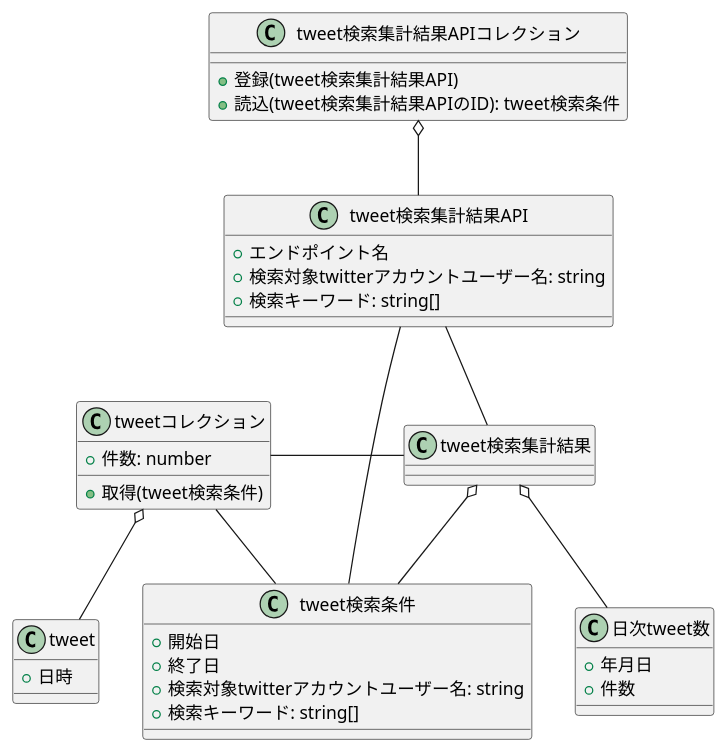
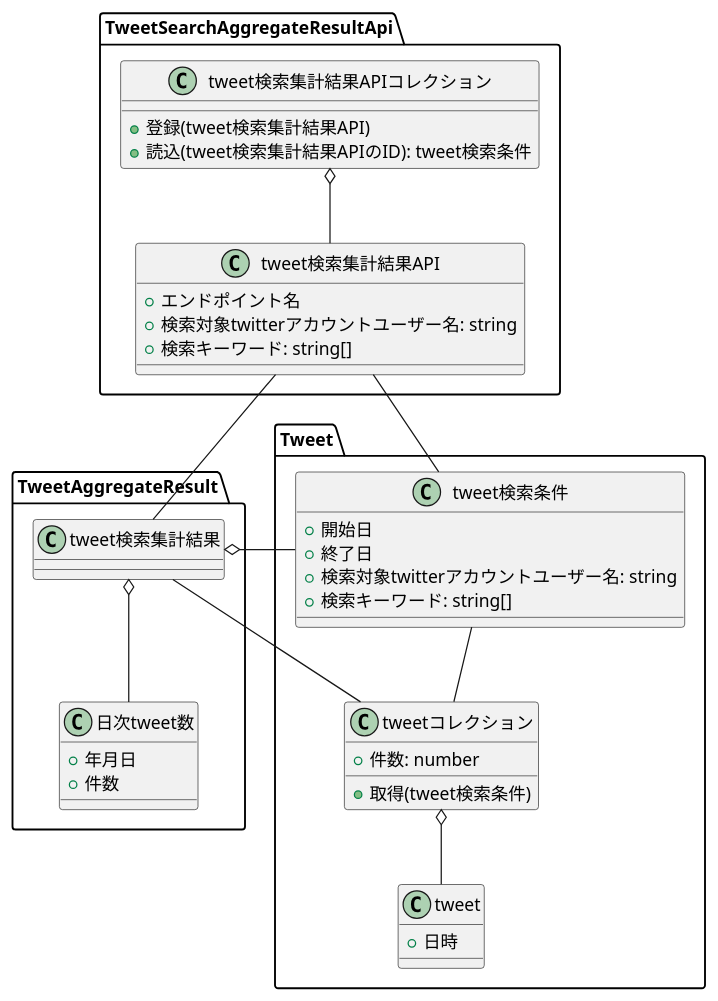
One commit to wand2016/twitter-counter-api-generator changed the diagram in analysis/domain.puml. Above: the diagram before and after it, drawn with PlantUML. The commit also changed 25 other files, not shown here.

```diff
--- a/analysis/domain.puml
+++ b/analysis/domain.puml
@@ -1,55 +1,66 @@
 @startuml
+
+package TweetSearchAggregateResultApi{
 
 class tweet検索集計結果APIコレクション {
  + 登録(tweet検索集計結果API)
  + 読込(tweet検索集計結果APIのID): tweet検索条件
 }
 
 class tweet検索集計結果API {
   + エンドポイント名
   + 検索対象twitterアカウントユーザー名: string
   + 検索キーワード: string[]
 }
 
 tweet検索集計結果APIコレクション o-- tweet検索集計結果API
 
-
-class tweet検索条件{
-  + 開始日
-  + 終了日
-  + 検索対象twitterアカウントユーザー名: string
-  + 検索キーワード: string[]
 }
 
-tweet検索集計結果API -- tweet検索条件
-
-
+package Tweet {
 
 class tweet {
   + 日時
 }
 
 class tweetコレクション{
   + 件数: number
   + 取得(tweet検索条件)
 }
 
 tweetコレクション o-d- tweet
 
+class tweet検索条件{
+  + 開始日
+  + 終了日
+  + 検索対象twitterアカウントユーザー名: string
+  + 検索キーワード: string[]
+}
+
+}
+
+
+tweet検索集計結果API -- tweet検索条件
+
+
+
+package TweetAggregateResult{
 
 class tweet検索集計結果
 tweet検索集計結果 o-- tweet検索条件
 tweetコレクション -r- tweet検索集計結果
 class 日次tweet数 {
   + 年月日
   + 件数
 }
 
+tweet検索集計結果 o-d- 日次tweet数
+
+}
 
 tweet検索条件 -- tweetコレクション
 
-tweet検索集計結果 o-d- 日次tweet数
 tweet検索集計結果API -- tweet検索集計結果
 
 
 @enduml
```
